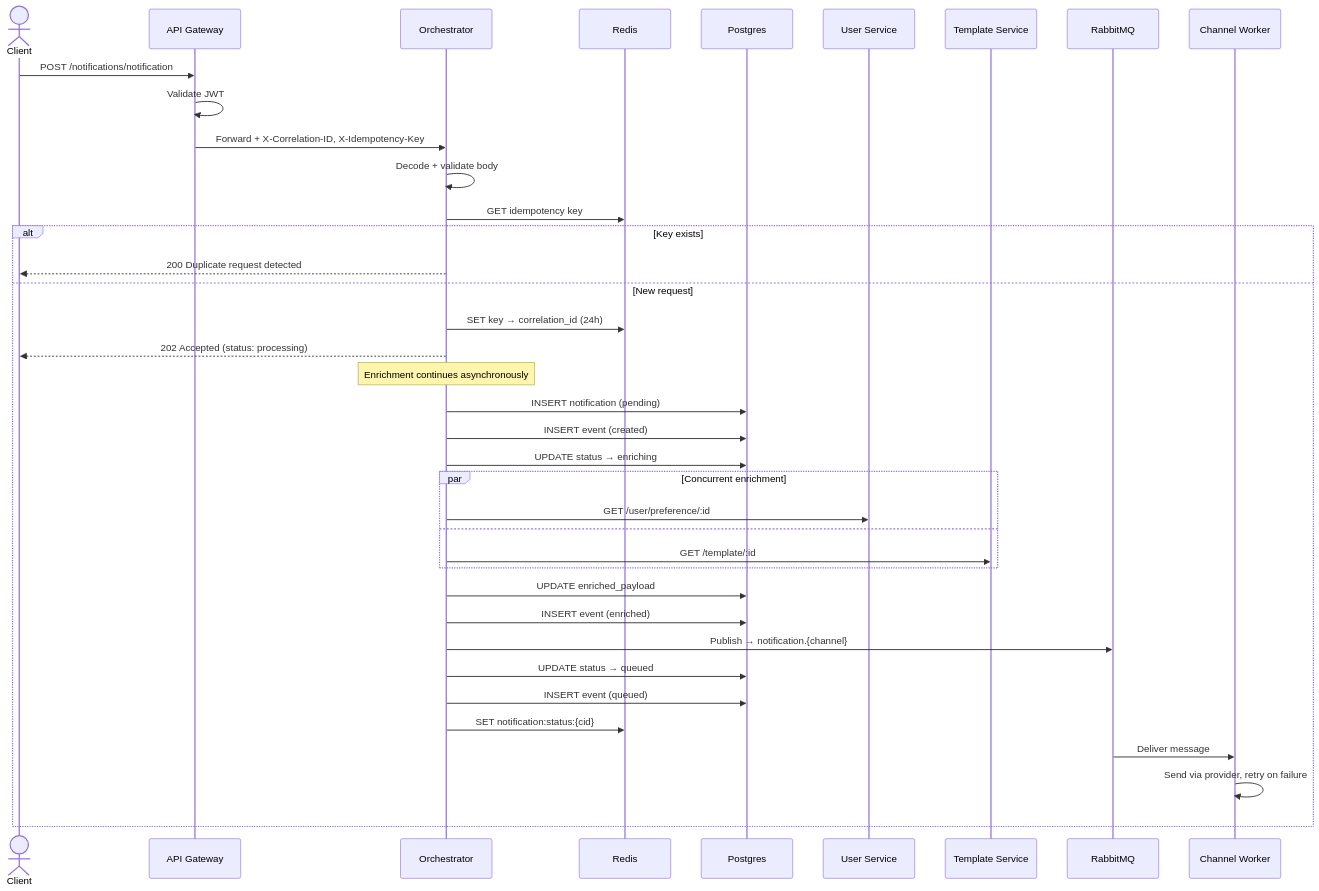
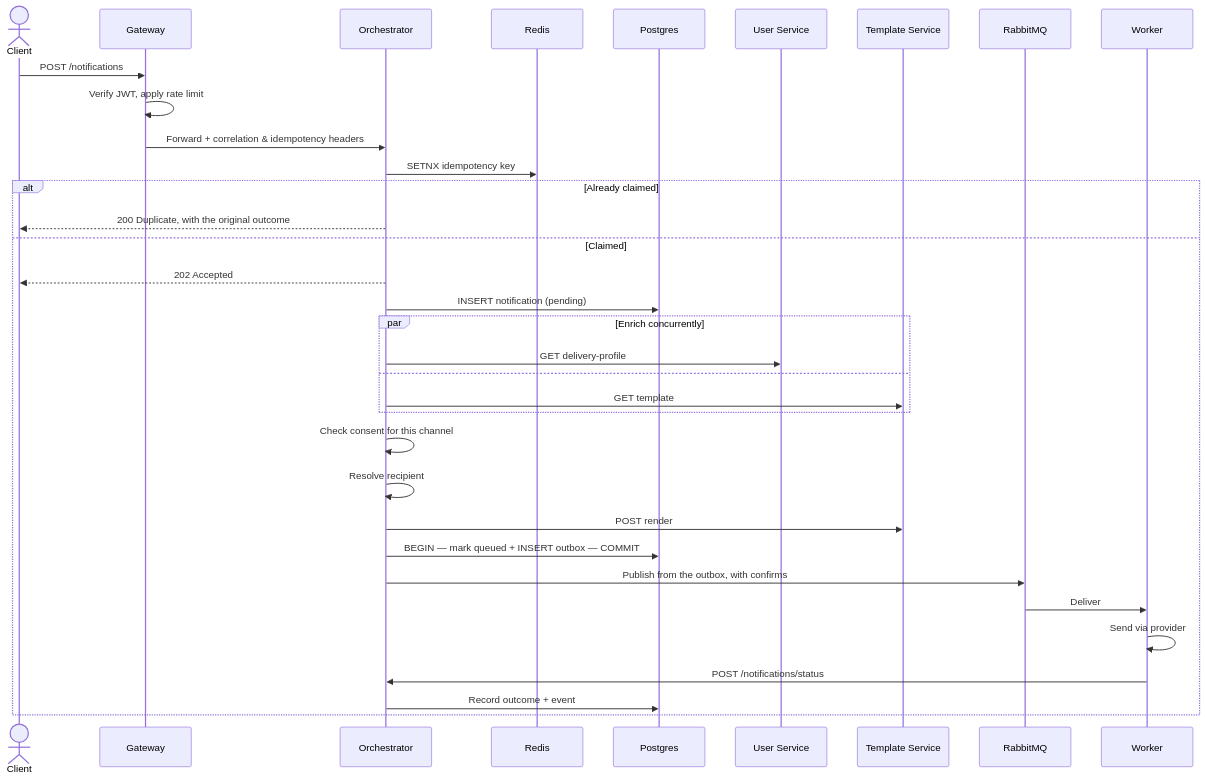
The second of 3 diagrams in docs/ARCHITECTURE.md (justinndidit/notification-system), drawn with Mermaid before and after one commit. The commit also changed other lines of this file and 12 other files, not shown here.

````diff
--- a/docs/ARCHITECTURE.md
+++ b/docs/ARCHITECTURE.md
@@ -171,41 +219,38 @@
 ```mermaid
 sequenceDiagram
   actor C as Client
-  participant GW as API Gateway
+  participant GW as Gateway
   participant O as Orchestrator
   participant R as Redis
   participant DB as Postgres
   participant U as User Service
   participant T as Template Service
   participant Q as RabbitMQ
-  participant W as Channel Worker
+  participant W as Worker
 
-  C->>GW: POST /notifications/notification
-  GW->>GW: Validate JWT
-  GW->>O: Forward + X-Correlation-ID, X-Idempotency-Key
-  O->>O: Decode + validate body
-  O->>R: GET idempotency key
-  alt Key exists
-    O-->>C: 200 Duplicate request detected
-  else New request
-    O->>R: SET key → correlation_id (24h)
-    O-->>C: 202 Accepted (status: processing)
-    Note over O: Enrichment continues asynchronously
+  C->>GW: POST /notifications
+  GW->>GW: Verify JWT, apply rate limit
+  GW->>O: Forward + correlation & idempotency headers
+
+  O->>R: SETNX idempotency key
+  alt Already claimed
+    O-->>C: 200 Duplicate, with the original outcome
+  else Claimed
+    O-->>C: 202 Accepted
     O->>DB: INSERT notification (pending)
-    O->>DB: INSERT event (created)
-    O->>DB: UPDATE status → enriching
-    par Concurrent enrichment
-      O->>U: GET /user/preference/:id
+    par Enrich concurrently
+      O->>U: GET delivery-profile
       and
-      O->>T: GET /template/:id
+      O->>T: GET template
     end
-    O->>DB: UPDATE enriched_payload
-    O->>DB: INSERT event (enriched)
-    O->>Q: Publish → notification.{channel}
-    O->>DB: UPDATE status → queued
-    O->>DB: INSERT event (queued)
-    O->>R: SET notification:status:{cid}
-    Q->>W: Deliver message
-    W->>W: Send via provider, retry on failure
+    O->>O: Check consent for this channel
+    O->>O: Resolve recipient
+    O->>T: POST render
+    O->>DB: BEGIN — mark queued + INSERT outbox — COMMIT
+    O->>Q: Publish from the outbox, with confirms
+    Q->>W: Deliver
+    W->>W: Send via provider
+    W->>O: POST /notifications/status
+    O->>DB: Record outcome + event
   end
 ```
````
